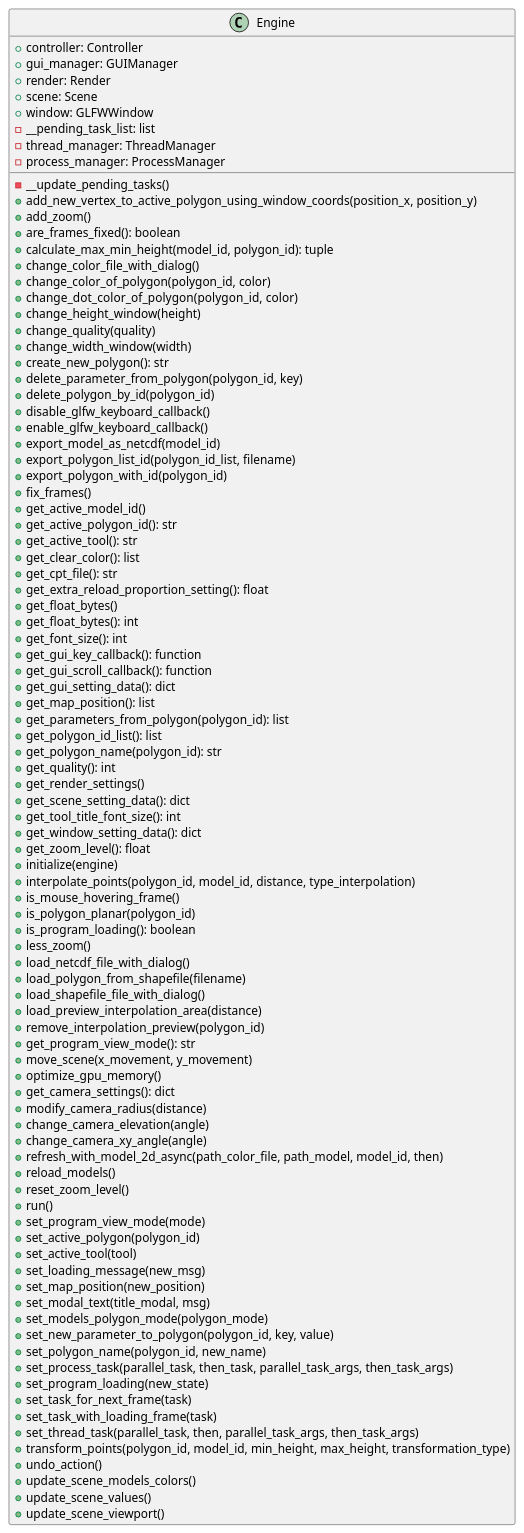
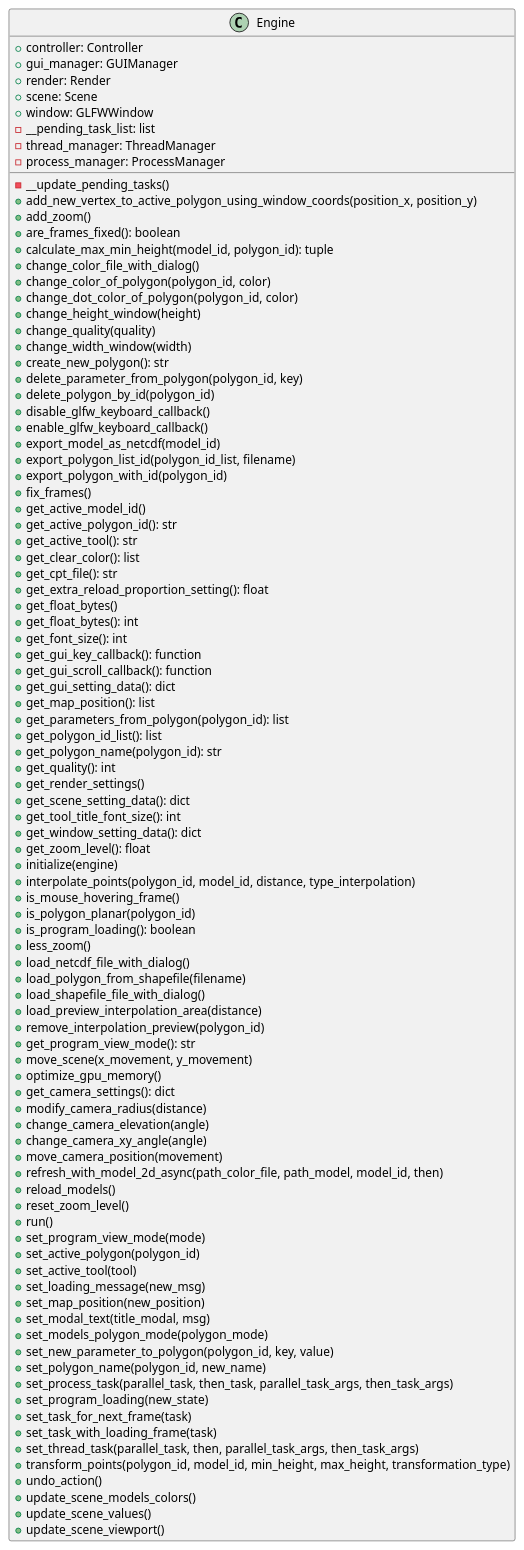
The diagram in docs/classes/Engine.puml (ferpoble2/Relief_Creator), drawn with PlantUML before and after one commit. The commit also changed 5 other files, not shown here.

Commit message:
Added functionality to the controller to move the camera in the xy plane

```diff
--- a/docs/classes/Engine.puml
+++ b/docs/classes/Engine.puml
@@ -1,97 +1,98 @@
 @startuml
 class Engine {
     + controller: Controller
     + gui_manager: GUIManager
     + render: Render
     + scene: Scene
     + window: GLFWWindow
     - __pending_task_list: list
     - thread_manager: ThreadManager
     - process_manager: ProcessManager
 
     - __update_pending_tasks()
     + add_new_vertex_to_active_polygon_using_window_coords(position_x, position_y)
     + add_zoom()
     + are_frames_fixed(): boolean
     + calculate_max_min_height(model_id, polygon_id): tuple
     + change_color_file_with_dialog()
     + change_color_of_polygon(polygon_id, color)
     + change_dot_color_of_polygon(polygon_id,  color)
     + change_height_window(height)
     + change_quality(quality)
     + change_width_window(width)
     + create_new_polygon(): str
     + delete_parameter_from_polygon(polygon_id, key)
     + delete_polygon_by_id(polygon_id)
     + disable_glfw_keyboard_callback()
     + enable_glfw_keyboard_callback()
     + export_model_as_netcdf(model_id)
     + export_polygon_list_id(polygon_id_list, filename)
     + export_polygon_with_id(polygon_id)
     + fix_frames()
     + get_active_model_id()
     + get_active_polygon_id(): str
     + get_active_tool(): str
     + get_clear_color(): list
     + get_cpt_file(): str
     + get_extra_reload_proportion_setting(): float
     + get_float_bytes()
     + get_float_bytes(): int
     + get_font_size(): int
     + get_gui_key_callback(): function
     + get_gui_scroll_callback(): function
     + get_gui_setting_data(): dict
     + get_map_position(): list
     + get_parameters_from_polygon(polygon_id): list
     + get_polygon_id_list(): list
     + get_polygon_name(polygon_id): str
     + get_quality(): int
     + get_render_settings()
     + get_scene_setting_data(): dict
     + get_tool_title_font_size(): int
     + get_window_setting_data(): dict
     + get_zoom_level(): float
     + initialize(engine)
     + interpolate_points(polygon_id, model_id, distance, type_interpolation)
     + is_mouse_hovering_frame()
     + is_polygon_planar(polygon_id)
     + is_program_loading(): boolean
     + less_zoom()
     + load_netcdf_file_with_dialog()
     + load_polygon_from_shapefile(filename)
     + load_shapefile_file_with_dialog()
     + load_preview_interpolation_area(distance)
     + remove_interpolation_preview(polygon_id)
     + get_program_view_mode(): str
     + move_scene(x_movement, y_movement)
     + optimize_gpu_memory()
     + get_camera_settings(): dict
     + modify_camera_radius(distance)
     + change_camera_elevation(angle)
     + change_camera_xy_angle(angle)
+    + move_camera_position(movement)
     + refresh_with_model_2d_async(path_color_file, path_model, model_id, then)
     + reload_models()
     + reset_zoom_level()
     + run()
     + set_program_view_mode(mode)
     + set_active_polygon(polygon_id)
     + set_active_tool(tool)
     + set_loading_message(new_msg)
     + set_map_position(new_position)
     + set_modal_text(title_modal, msg)
     + set_models_polygon_mode(polygon_mode)
     + set_new_parameter_to_polygon(polygon_id, key, value)
     + set_polygon_name(polygon_id, new_name)
     + set_process_task(parallel_task, then_task, parallel_task_args, then_task_args)
     + set_program_loading(new_state)
     + set_task_for_next_frame(task)
     + set_task_with_loading_frame(task)
     + set_thread_task(parallel_task, then, parallel_task_args, then_task_args)
     + transform_points(polygon_id, model_id, min_height, max_height, transformation_type)
     + undo_action()
     + update_scene_models_colors()
     + update_scene_values()
     + update_scene_viewport()
 }
 
 @enduml
```
